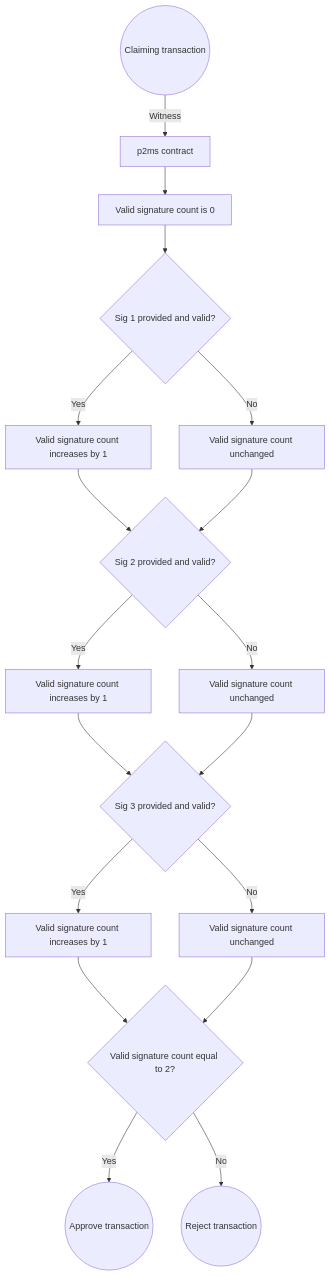
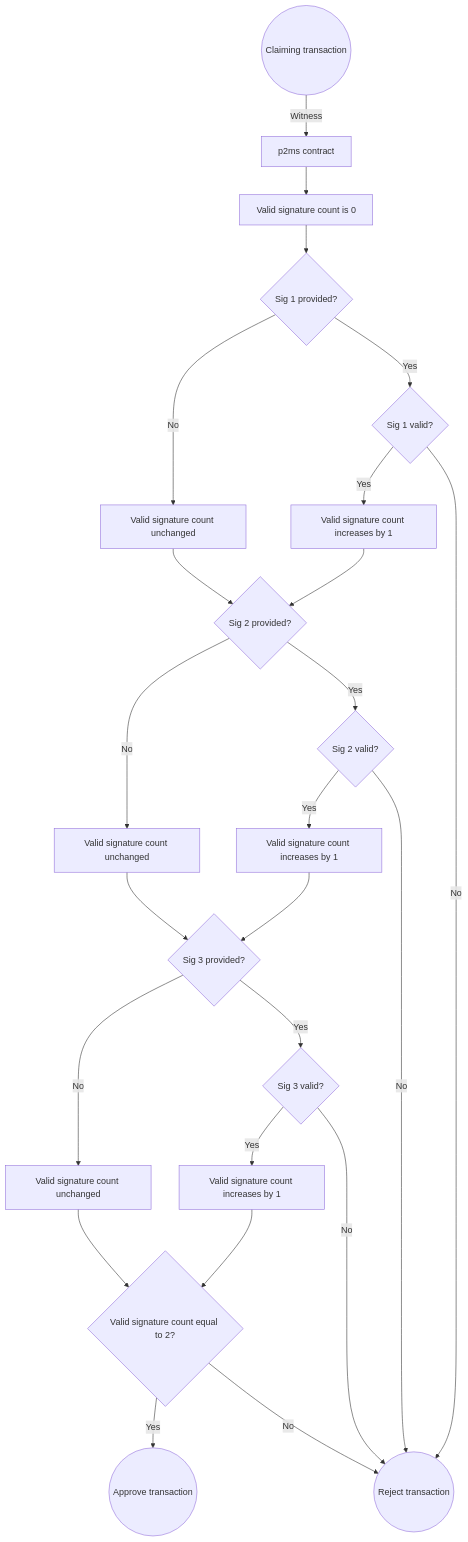
Before and after one commit to BlockstreamResearch/simplicity-lang-org: the first of 4 diagrams in docs/documentation/execution-model.md, drawn with Mermaid. The commit also changed other lines of this file, not shown here.

````diff
--- a/docs/documentation/execution-model.md
+++ b/docs/documentation/execution-model.md
@@ -153,20 +153,26 @@
     ```mermaid
     flowchart TD
         A((Claiming transaction)) -->|Witness| B[p2ms contract]
         B --> C[Valid signature count is 0]
-        C --> D{Sig 1 provided and valid?}
-        D -->|Yes| E[Valid signature count increases by 1]
+        C --> D{Sig 1 provided?}
+        D -->|Yes| D2{Sig 1 valid?}
+        D2 -->|Yes| E[Valid signature count increases by 1]
+        D2 -->|No| O
         D -->|No| F[Valid signature count unchanged]
-        E --> G{Sig 2 provided and valid?}
+        E --> G{Sig 2 provided?}
         F --> G
-        G -->|Yes| H[Valid signature count increases by 1]
+        G -->|Yes| G2{Sig 2 valid?}
+        G2 -->|Yes| H[Valid signature count increases by 1]
+        G2 -->|No| O
         G -->|No| I[Valid signature count unchanged]
-        H --> J{Sig 3 provided and valid?}
+        H --> J{Sig 3 provided?}
         I --> J
-        J -->|Yes| K[Valid signature count increases by 1]
+        J -->|Yes| J2{Sig 3 valid?}
+        J2 -->|Yes| K[Valid signature count increases by 1]
+        J2 -->|No| O
         J -->|No| L[Valid signature count unchanged]
         K --> M{Valid signature count equal to 2?}
         L --> M
         M -->|Yes| N((Approve transaction))
         M -->|No| O((Reject transaction))
     ```
````
